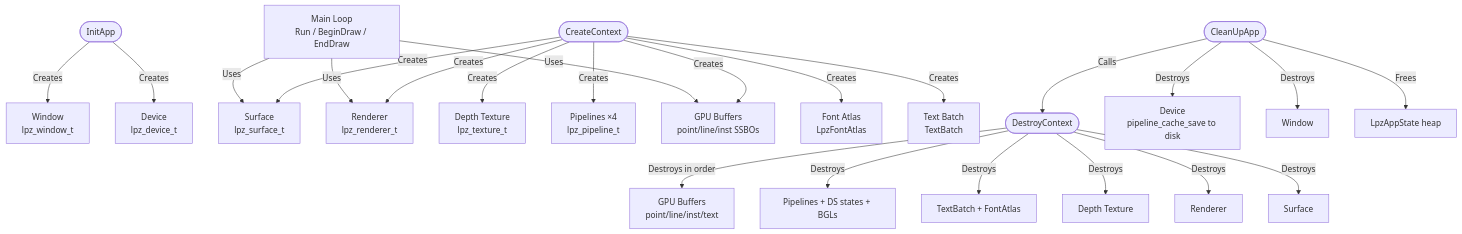
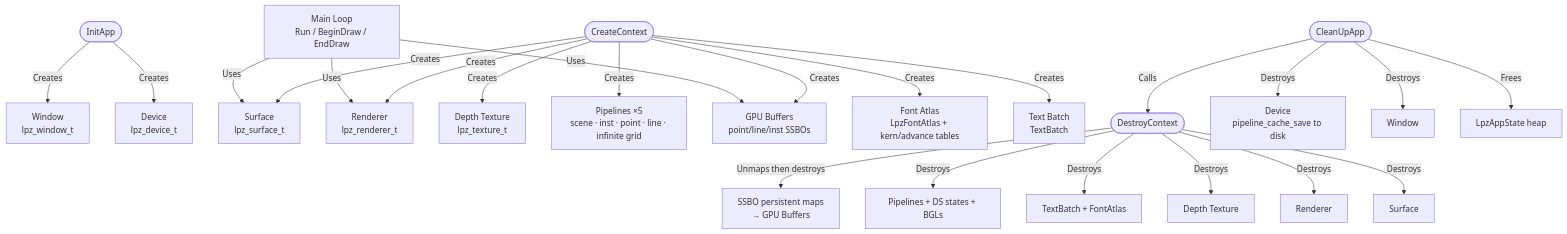
One commit to UlizesR/Lapiz changed diagram 18 of 19 in README.md. Above: the diagram before and after it, drawn with Mermaid. The commit also changed other lines of this file and 12 other files, not shown here.

````diff
--- a/README.md
+++ b/README.md
@@ -955,29 +1006,29 @@
 ```mermaid
 flowchart TD
     IA([InitApp]) --> |Creates| W[Window\nlpz_window_t]
     IA --> |Creates| D[Device\nlpz_device_t]
 
     CC([CreateContext]) --> |Creates| S[Surface\nlpz_surface_t]
     CC --> |Creates| R[Renderer\nlpz_renderer_t]
     CC --> |Creates| DT[Depth Texture\nlpz_texture_t]
-    CC --> |Creates| PP[Pipelines ×4\nlpz_pipeline_t]
+    CC --> |Creates| PP[Pipelines ×5\nscene · inst · point · line · infinite grid]
     CC --> |Creates| BUF[GPU Buffers\npoint/line/inst SSBOs]
-    CC --> |Creates| FA[Font Atlas\nLpzFontAtlas]
+    CC --> |Creates| FA[Font Atlas\nLpzFontAtlas + kern/advance tables]
     CC --> |Creates| TB[Text Batch\nTextBatch]
 
     ML["Main Loop\nRun / BeginDraw / EndDraw"] --> |Uses| R
     ML --> |Uses| S
     ML --> |Uses| BUF
 
-    DC([DestroyContext]) --> |Destroys in order| BUF2[GPU Buffers\npoint/line/inst/text]
+    DC([DestroyContext]) --> |Unmaps then destroys| BUF2[SSBO persistent maps\n→ GPU Buffers]
     DC --> |Destroys| PP2[Pipelines + DS states + BGLs]
     DC --> |Destroys| TB2[TextBatch + FontAtlas]
     DC --> |Destroys| DT2[Depth Texture]
     DC --> |Destroys| R2[Renderer]
     DC --> |Destroys| S2[Surface]
 
     CLA([CleanUpApp]) --> |Calls| DC
     CLA --> |Destroys| D2[Device\npipeline_cache_save to disk]
     CLA --> |Destroys| W2[Window]
     CLA --> |Frees| AS[LpzAppState heap]
 ```
````
